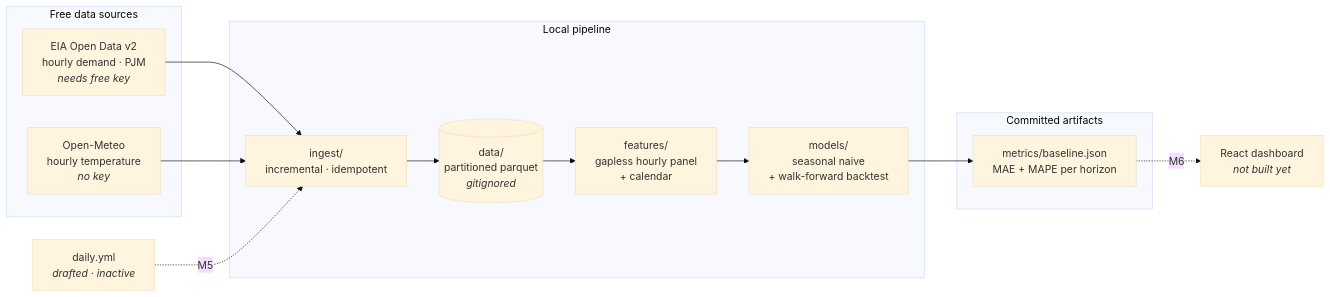
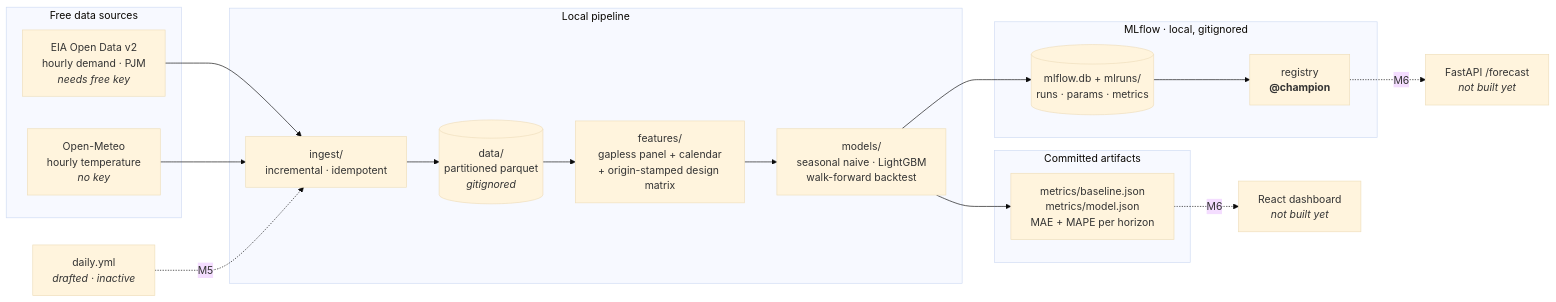
One commit to rmonteiro-pereira/energy-forecast-drift changed the diagram in README.md. Above: the diagram before and after it, drawn with Mermaid (base theme). The commit also changed other lines of this file and 2 other files, not shown here.

First line of the commit message:
ci+docs: smoke-test the M2/M3 path, guard mlruns, document the entrypoint

````diff
--- a/README.md
+++ b/README.md
@@ -36,25 +37,32 @@
 ```mermaid
 flowchart LR
     subgraph sources["Free data sources"]
         EIA["EIA Open Data v2<br/>hourly demand · PJM<br/><i>needs free key</i>"]
         OM["Open-Meteo<br/>hourly temperature<br/><i>no key</i>"]
     end
 
     subgraph pipeline["Local pipeline"]
         ING["ingest/<br/>incremental · idempotent"]
         LAKE[("data/<br/>partitioned parquet<br/><i>gitignored</i>")]
-        FEAT["features/<br/>gapless hourly panel<br/>+ calendar"]
-        MODEL["models/<br/>seasonal naive<br/>+ walk-forward backtest"]
+        FEAT["features/<br/>gapless panel + calendar<br/>+ origin-stamped design matrix"]
+        MODEL["models/<br/>seasonal naive · LightGBM<br/>walk-forward backtest"]
+    end
+
+    subgraph mlops["MLflow · local, gitignored"]
+        TRACK[("mlflow.db + mlruns/<br/>runs · params · metrics")]
+        REG["registry<br/><b>@champion</b>"]
     end
 
     subgraph published["Committed artifacts"]
-        METRICS["metrics/baseline.json<br/>MAE + MAPE per horizon"]
+        METRICS["metrics/baseline.json<br/>metrics/model.json<br/>MAE + MAPE per horizon"]
     end
 
     EIA --> ING
     OM --> ING
     ING --> LAKE --> FEAT --> MODEL --> METRICS
+    MODEL --> TRACK --> REG
+    REG -.->|"M6"| SERVE["FastAPI /forecast<br/><i>not built yet</i>"]
 
     CRON["daily.yml<br/><i>drafted · inactive</i>"] -.->|"M5"| ING
     METRICS -.->|"M6"| DASH["React dashboard<br/><i>not built yet</i>"]
 ```
````
